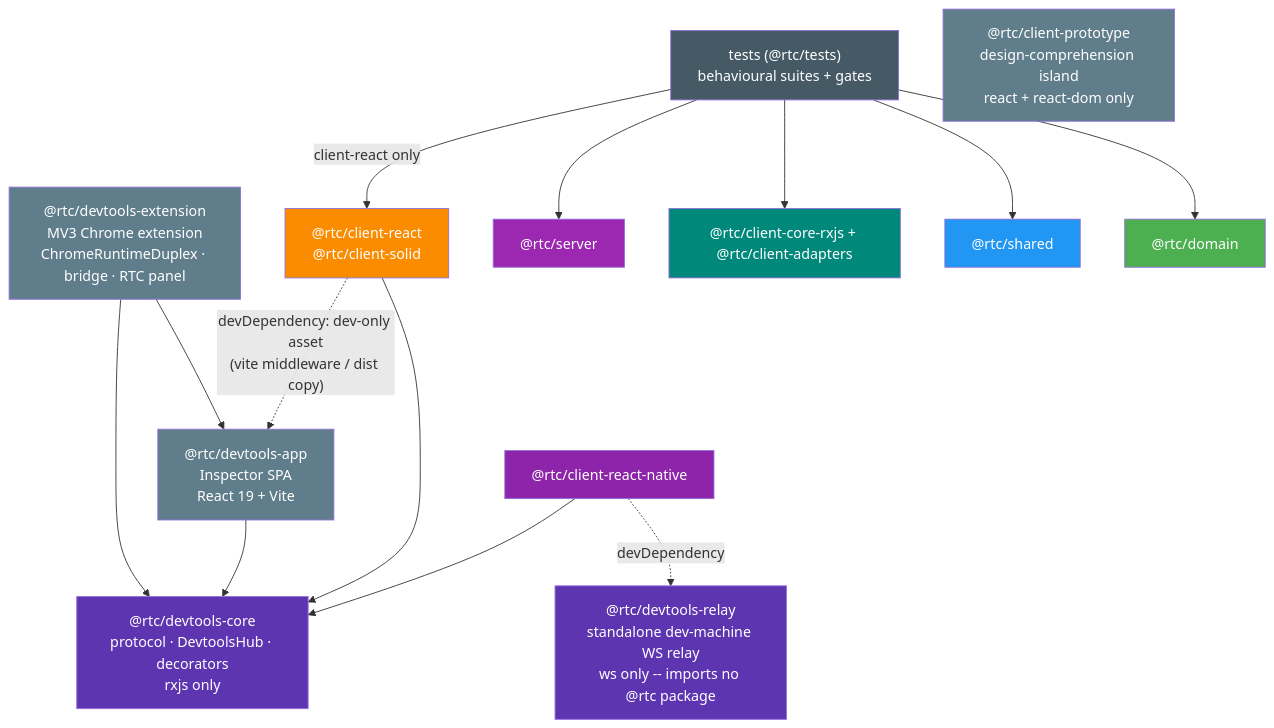
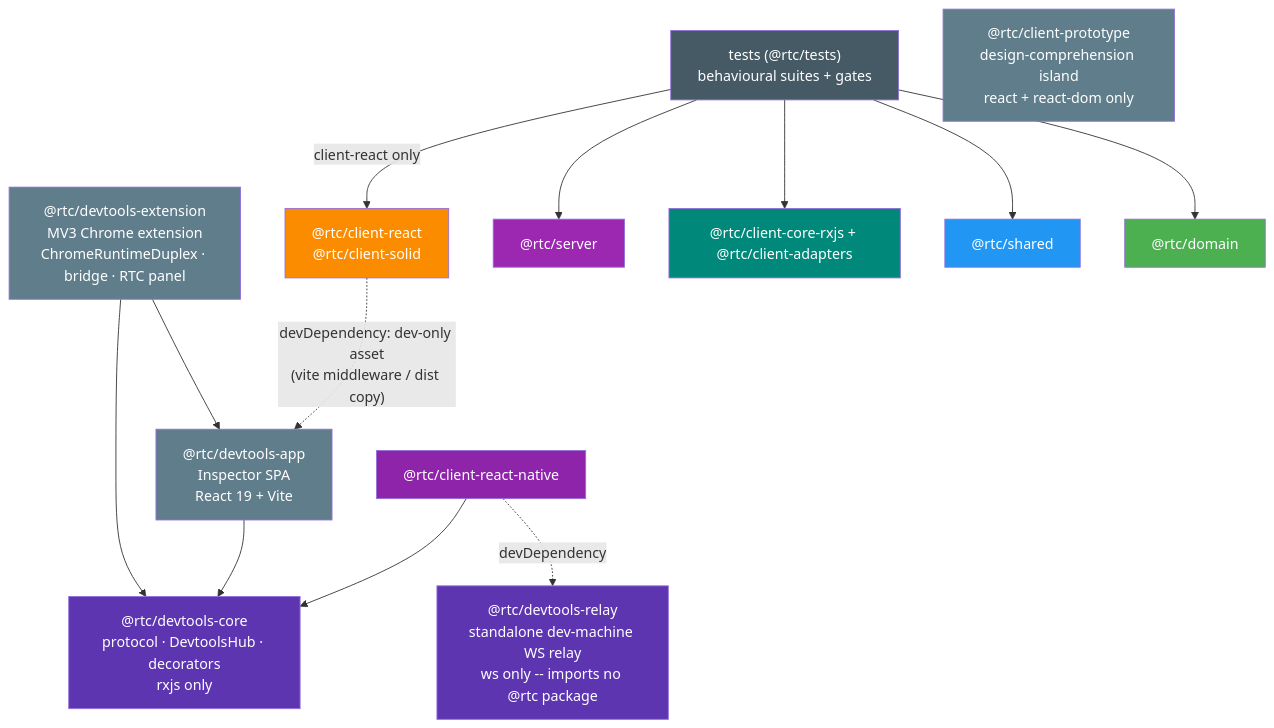
Before and after one commit to bettersoftware-io/ReactiveTraderCloudClone: the fourth of 4 diagrams in docs/architecture/06-package-dependencies.md, drawn with Mermaid. The commit also changed other lines of this file and 39 other files, not shown here.

````diff
--- a/docs/architecture/06-package-dependencies.md
+++ b/docs/architecture/06-package-dependencies.md
@@ -174,43 +172,42 @@
 ```mermaid
 graph TB
     tests["tests (@rtc/tests)<br/>behavioural suites + gates"]
     dtext["@rtc/devtools-extension<br/>MV3 Chrome extension<br/>ChromeRuntimeDuplex · bridge · RTC panel"]
     webclients["@rtc/client-react<br/>@rtc/client-solid"]
     rnc["@rtc/client-react-native"]
 
     dtapp["@rtc/devtools-app<br/>Inspector SPA<br/>React 19 + Vite"]
     dtrelay["@rtc/devtools-relay<br/>standalone dev-machine WS relay<br/>ws only -- imports no @rtc package"]
     server["@rtc/server"]
     core["@rtc/client-core-rxjs + @rtc/client-adapters"]
 
     dtcore["@rtc/devtools-core<br/>protocol · DevtoolsHub · decorators<br/>rxjs only"]
     shared["@rtc/shared"]
     domain["@rtc/domain"]
     proto["@rtc/client-prototype<br/>design-comprehension island<br/>react + react-dom only"]
 
     dtext --> dtapp
     dtext --> dtcore
     dtapp --> dtcore
-    webclients --> dtcore
     webclients -. "devDependency: dev-only asset<br/>(vite middleware / dist copy)" .-> dtapp
     rnc --> dtcore
     rnc -. "devDependency" .-> dtrelay
     tests -->|"client-react only"| webclients
     tests --> core
     tests --> server
     tests --> shared
     tests --> domain
 
     style tests fill:#455A64,color:#fff
     style dtext fill:#607D8B,color:#fff
     style dtapp fill:#607D8B,color:#fff
     style dtrelay fill:#5E35B1,color:#fff
     style dtcore fill:#5E35B1,color:#fff
     style webclients fill:#FB8C00,color:#fff
     style rnc fill:#8E24AA,color:#fff
     style server fill:#9C27B0,color:#fff
     style core fill:#00897B,color:#fff
     style shared fill:#2196F3,color:#fff
     style domain fill:#4CAF50,color:#fff
     style proto fill:#607D8B,color:#fff
 ```
````
